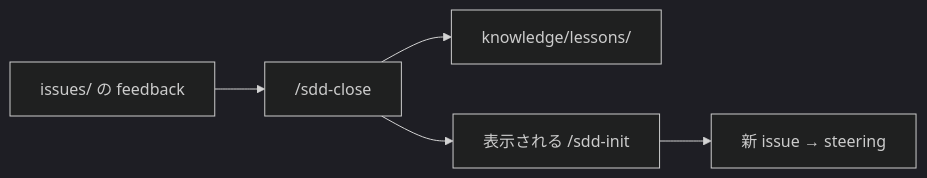
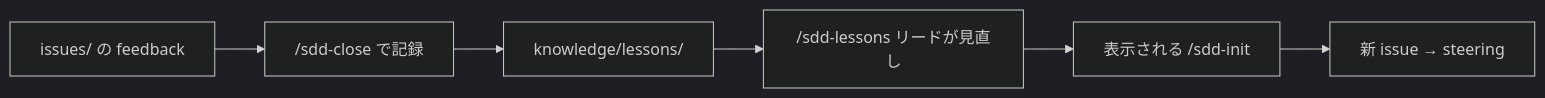
The third of 3 diagrams in README.ja.md (paterapatera/sdd-orc), drawn with Mermaid (dark theme) before and after one commit. The commit also changed other lines of this file and 15 other files, not shown here.

First line of the commit message:
feat: record-only close and /sdd-lessons adoption skill (1.1.0) (#10)

````diff
--- a/README.ja.md
+++ b/README.ja.md
@@ -153,7 +155,8 @@
 ```mermaid
 flowchart LR
-  issue["issues/ の feedback"] --> close["/sdd-close"]
+  issue["issues/ の feedback"] --> close["/sdd-close で記録"]
   close --> lessons["knowledge/lessons/"]
-  close --> steerMsg["表示される /sdd-init"]
+  lessons --> review["/sdd-lessons リードが見直し"]
+  review --> steerMsg["表示される /sdd-init"]
   steerMsg --> newIssue["新 issue → steering"]
 ```
````
